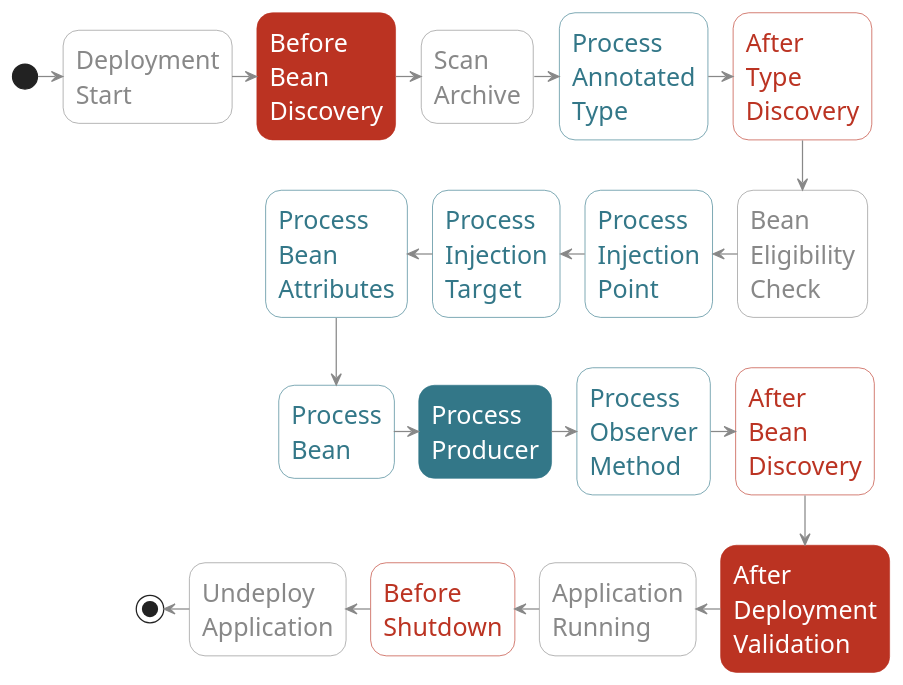
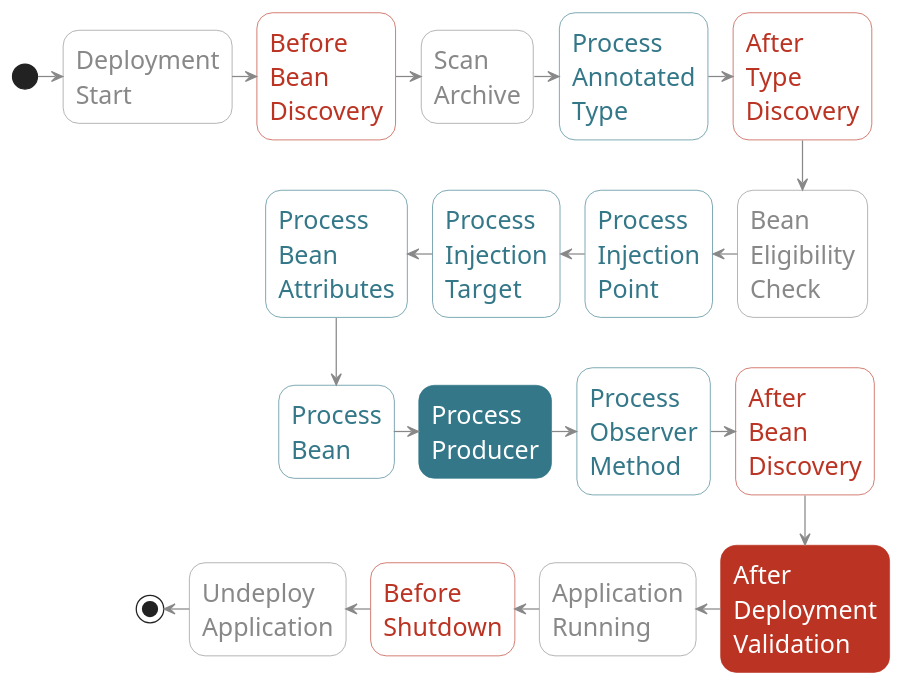
The second of 2 diagrams in parts/metrics.adoc (astefanutti/further-cdi), drawn with PlantUML before and after one commit. The commit also changed other lines of this file, not shown here.

```diff
--- a/parts/metrics.adoc
+++ b/parts/metrics.adoc
@@ -496,54 +649,54 @@
 [plantuml, "lifecycle-BBD-PP-ADV", "svg", height="85%", width="95%"]
 ----
 @startuml
 
 skinparam shadowing false
 skinparam backgroundColor transparent
 skinparam defaultFontName Consolas
 
 skinparam activity {
   FontSize 20
   FontName Consolas
   FontColor #337788
   ArrowColor #888888
   BorderColor #337788
   BackgroundColor #white
 
   FontColor<< Internal >> #888888
   BorderColor<< Internal >> #888888
   BackgroundColor<< Internal >> #white
 
   FontColor<< Once >> #BB3322
   BorderColor<< Once >> #BB3322
   BackgroundColor<< Once >> #white
 
   FontColor<< Highlight >> white
   BorderColor<< Highlight >> #337788
   BackgroundColor<< Highlight >> #337788
 
   FontColor<< Highlightonce >> white
   BorderColor<< Highlightonce >> #BB3322
   BackgroundColor<< Highlightonce >> #BB3322
 }
 
 (*) -right-> "Deployment\nStart" << Internal >>
--right-> "Before\nBean\nDiscovery" <<Highlightonce>>
+-right-> "Before\nBean\nDiscovery" << Once >>
 -right-> "Scan\nArchive" << Internal >>
 -right-> "Process\nAnnotated\nType"
 -right-> "After\nType\nDiscovery" << Once >>
 -down-> "Bean\nEligibility\nCheck" << Internal >>
 -left-> "Process\nInjection\nPoint"
 -left-> "Process\nInjection\nTarget"
 -left-> "Process\nBean\nAttributes"
 -down-> "Process\nBean"
 -right-> "Process\nProducer" <<Highlight>>
 -right-> "Process\nObserver\nMethod"
 -right-> "After\nBean\nDiscovery" << Once >>
 -down-> "After\nDeployment\nValidation" <<Highlightonce>>
 -left-> "Application\nRunning" << Internal >>
 -left-> "Before\nShutdown" << Once >>
 -left-> "Undeploy\nApplication" << Internal >>
 -left-> (*)
 
 @enduml
 ----
```
